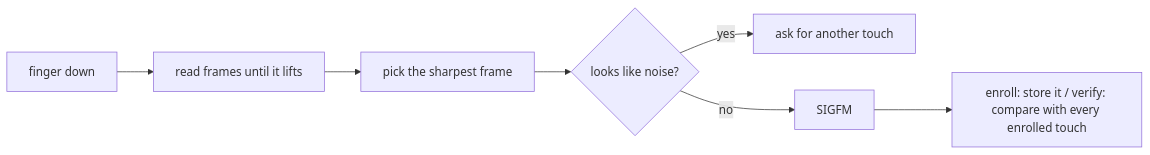
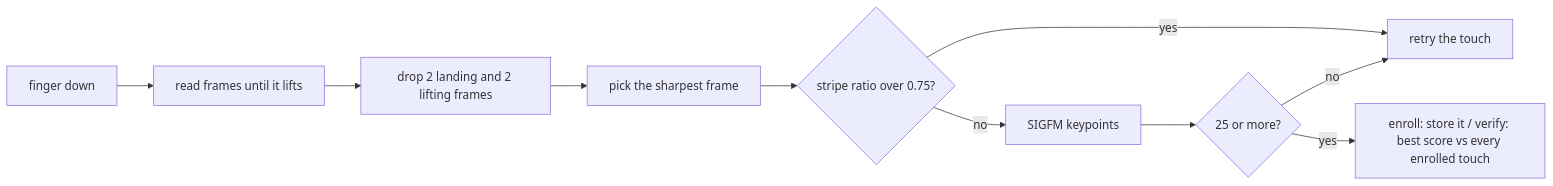
Before and after one commit to khaosdoctor/libfprint-elan-0c28-patch: the diagram in docs/how-it-works.md, drawn with Mermaid. The commit also changed other lines of this file and 1 other file, not shown here.

````diff
--- a/docs/how-it-works.md
+++ b/docs/how-it-works.md
@@ -13,9 +24,12 @@
 ```mermaid
 flowchart LR
     A[finger down] --> B[read frames until it lifts]
-    B --> C[pick the sharpest frame]
-    C --> D{looks like noise?}
-    D -- yes --> R[ask for another touch]
-    D -- no --> E[SIGFM]
-    E --> F[enroll: store it / verify: compare with every enrolled touch]
+    B --> C[drop 2 landing and 2 lifting frames]
+    C --> D[pick the sharpest frame]
+    D --> E{stripe ratio over 0.75?}
+    E -- yes --> R[retry the touch]
+    E -- no --> F[SIGFM keypoints]
+    F --> G{25 or more?}
+    G -- no --> R
+    G -- yes --> H[enroll: store it / verify: best score vs every enrolled touch]
 ```
````
